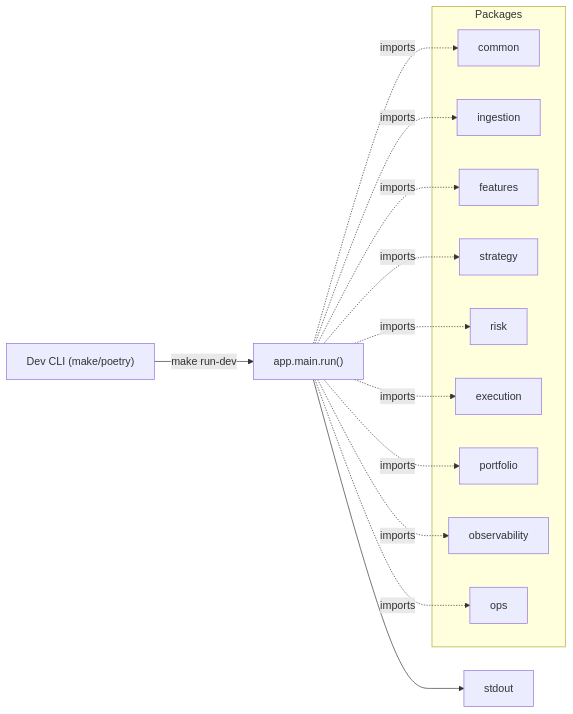
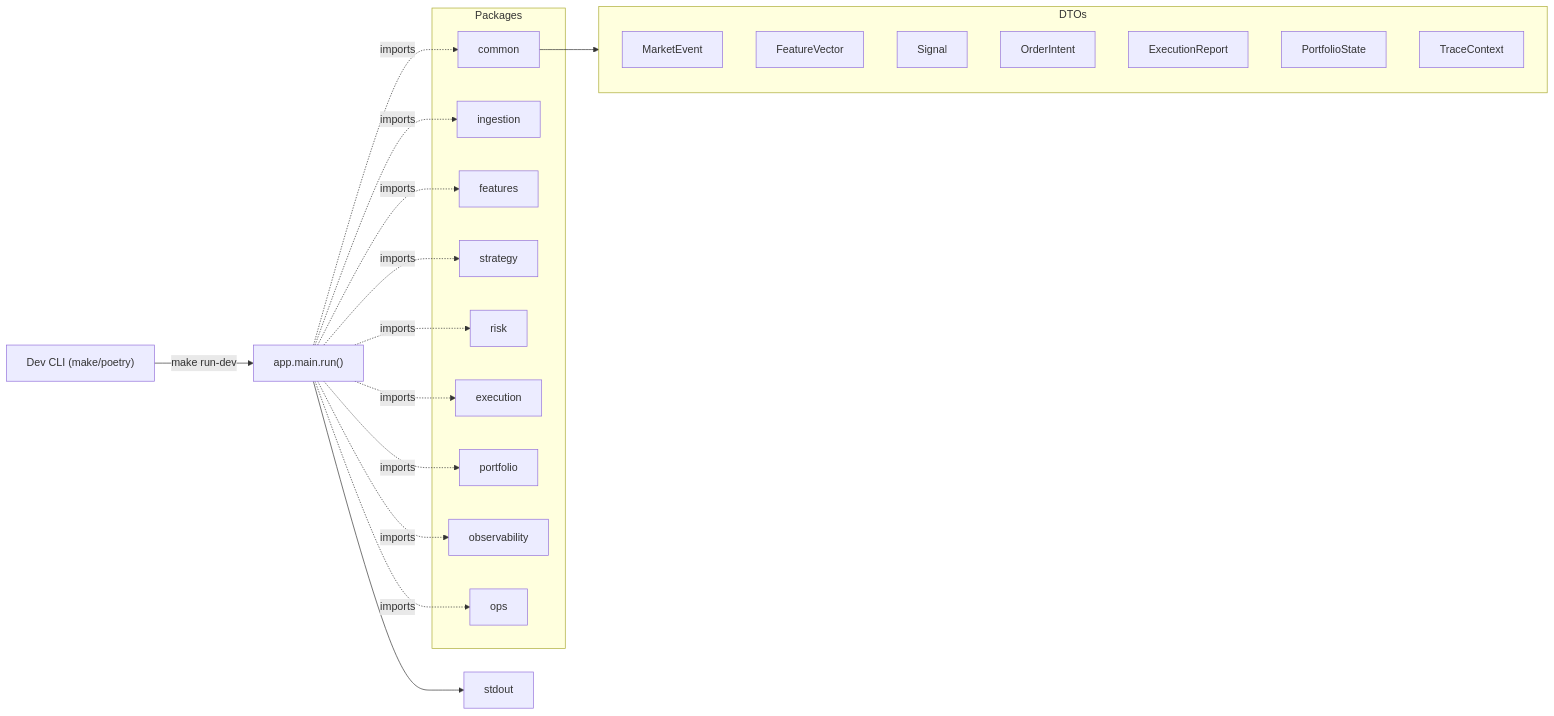
Before and after one commit to oscarlgarcia/MyTraderSystem: the diagram in docs/architecture.md, drawn with Mermaid. The commit also changed 4 other files, not shown here.

Commit message:
feat: add common DTOs with validation and tests

````diff
--- a/docs/architecture.md
+++ b/docs/architecture.md
@@ -3,30 +3,42 @@
 ```mermaid
 flowchart LR
   Dev["Dev CLI (make/poetry)"]
   Main["app.main.run()"]
   Stdout["stdout"]
 
   Dev -->|"make run-dev"| Main --> Stdout
 
 subgraph Packages
   common
   ingestion
   features
   strategy
   risk
   execution
   portfolio
   observability
   ops
 end
 
 Main -. imports .-> common
 Main -. imports .-> ingestion
 Main -. imports .-> features
 Main -. imports .-> strategy
 Main -. imports .-> risk
 Main -. imports .-> execution
 Main -. imports .-> portfolio
 Main -. imports .-> observability
 Main -. imports .-> ops
+
+subgraph DTOs
+  MarketEvent
+  FeatureVector
+  Signal
+  OrderIntent
+  ExecutionReport
+  PortfolioState
+  TraceContext
+end
+
+common --> DTOs
 ```
````
